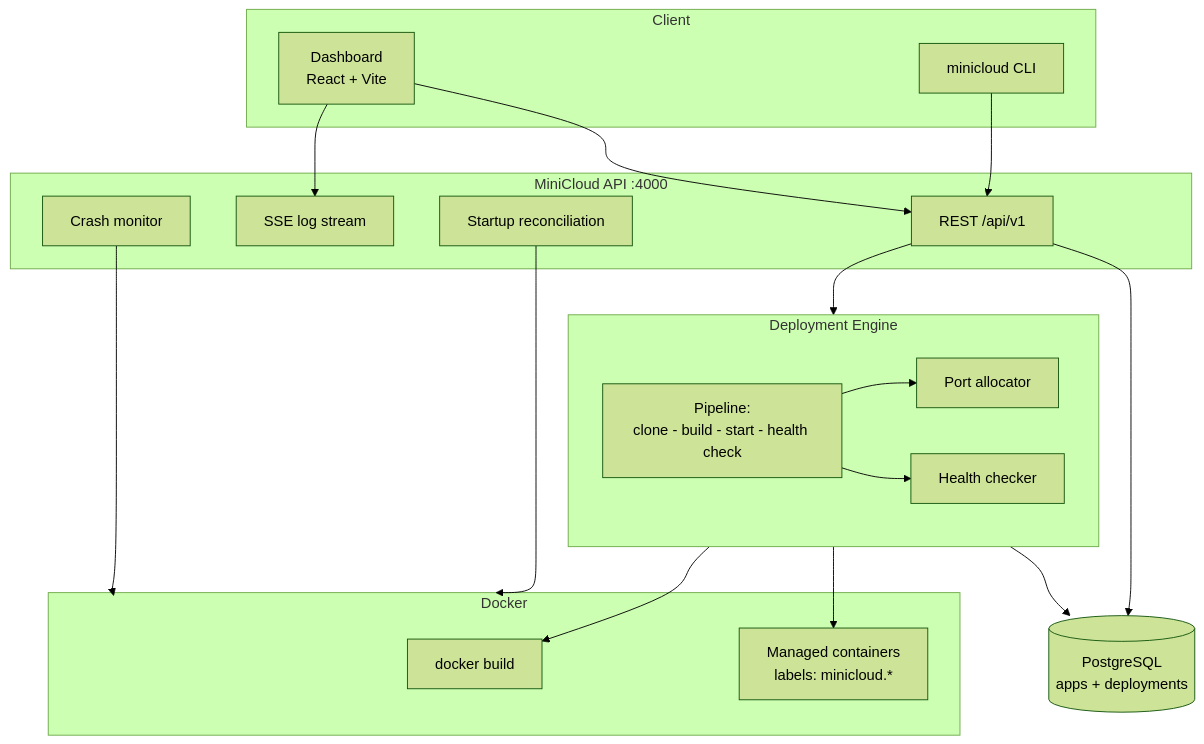
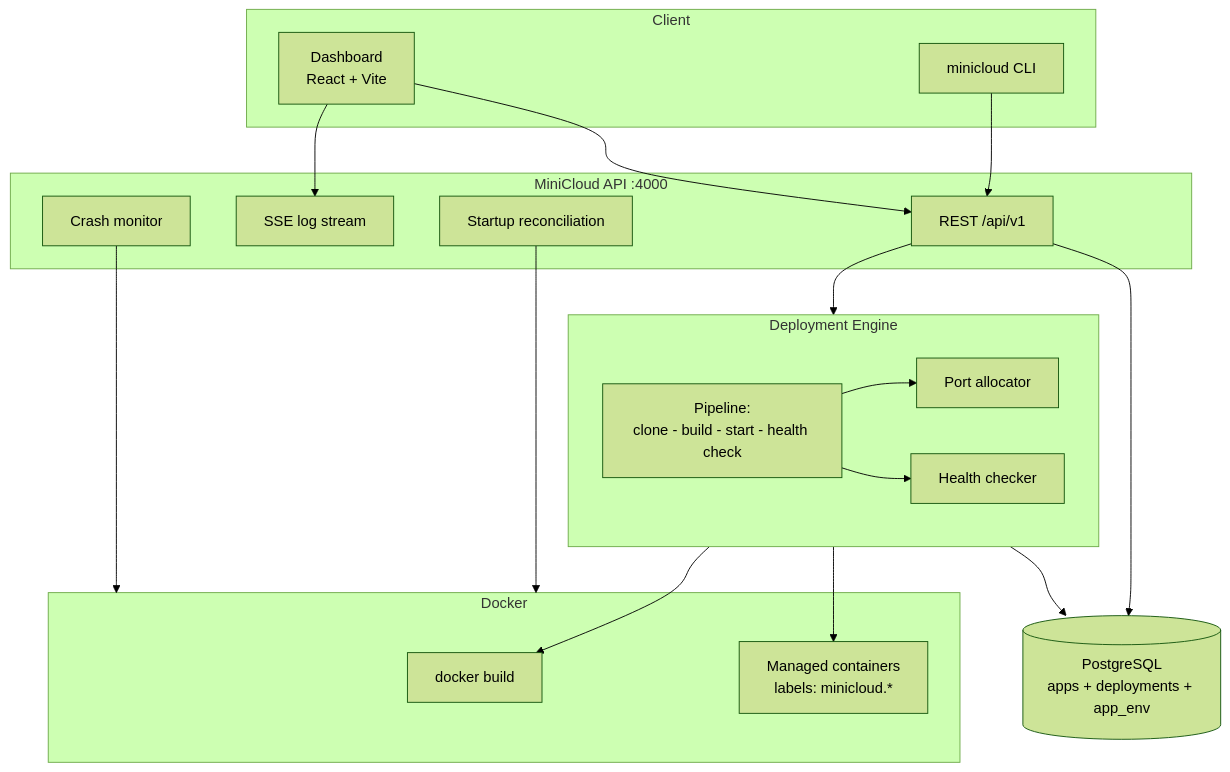
One commit to albertaizic/minicloud changed the first of 2 diagrams in docs/architecture.md. Above: the diagram before and after it, drawn with Mermaid (forest theme). The commit also changed other lines of this file and 6 other files, not shown here.

````diff
--- a/docs/architecture.md
+++ b/docs/architecture.md
@@ -9,40 +9,40 @@
 ```mermaid
 graph TB
     subgraph Client
         CLI[minicloud CLI]
         UI[Dashboard<br/>React + Vite]
     end
 
     subgraph API[MiniCloud API :4000]
         REST[REST /api/v1]
         SSE[SSE log stream]
         RECON[Startup reconciliation]
         MONITOR[Crash monitor]
     end
 
     subgraph Engine[Deployment Engine]
         PIPE[Pipeline:<br/>clone - build - start - health check]
         PORTS[Port allocator]
         HEALTH[Health checker]
     end
 
     subgraph Runtime[Docker]
         BUILD[docker build]
         CONTAINERS[Managed containers<br/>labels: minicloud.*]
     end
 
-    DB[(PostgreSQL<br/>apps + deployments)]
+    DB[(PostgreSQL<br/>apps + deployments + app_env)]
 
     CLI --> REST
     UI --> REST
     UI --> SSE
     REST --> Engine
     Engine --> BUILD
     Engine --> CONTAINERS
     PIPE --> PORTS
     PIPE --> HEALTH
     RECON --> Runtime
     MONITOR --> Runtime
     REST --> DB
     Engine --> DB
 ```
````
